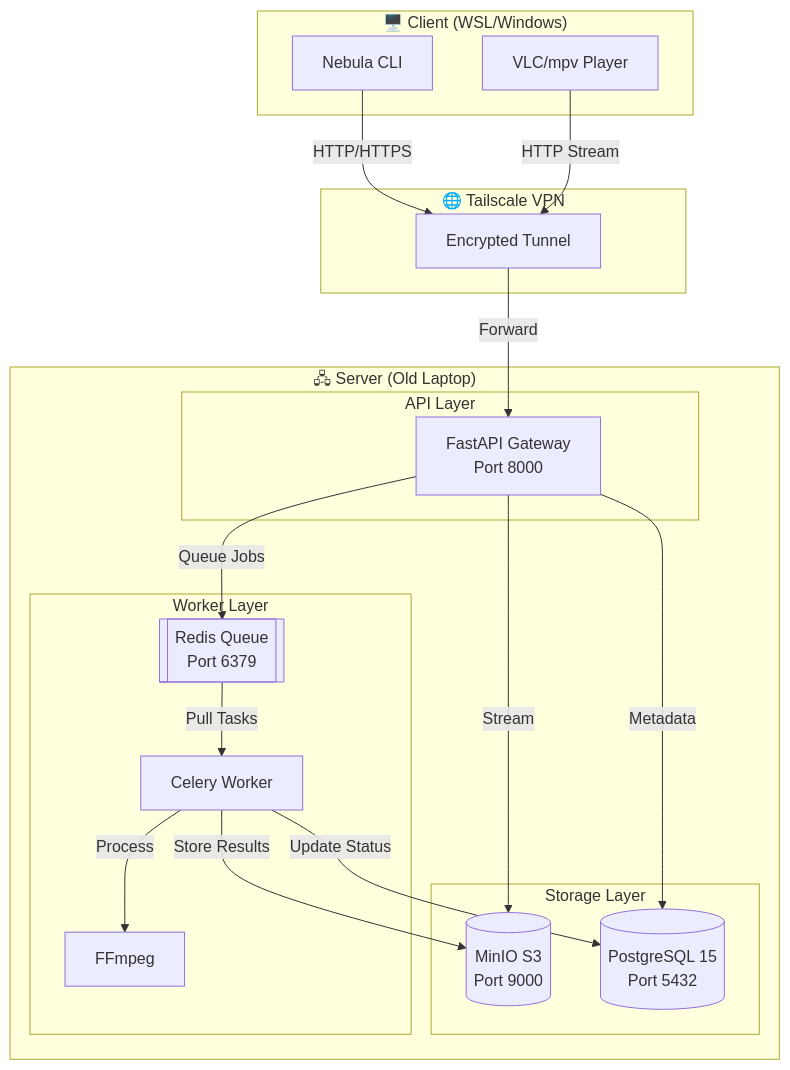
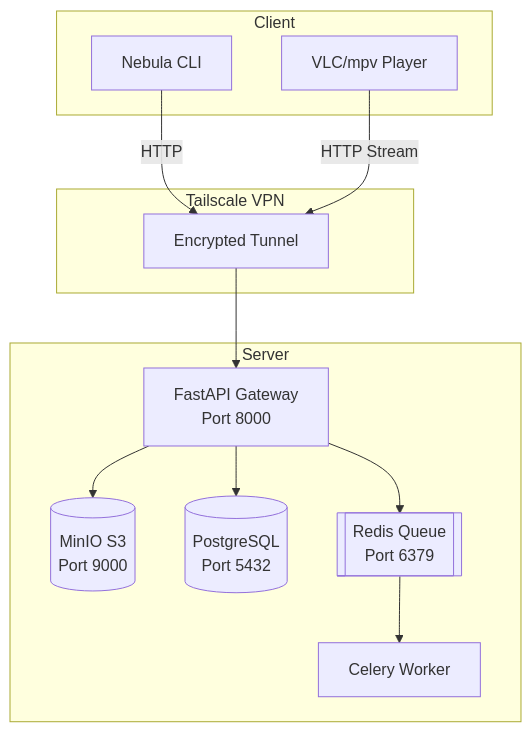
Before and after one commit to zeus-10/nebula: the diagram in README.md, drawn with Mermaid. The commit also changed other lines of this file, not shown here.

````diff
--- a/README.md
+++ b/README.md
@@ -121,41 +91,27 @@
 ```mermaid
 graph TB
-    subgraph Client["🖥️ Client (WSL/Windows)"]
+    subgraph Client["Client"]
         CLI[Nebula CLI]
         VLC[VLC/mpv Player]
     end
     
-    subgraph Network["🌐 Tailscale VPN"]
+    subgraph Network["Tailscale VPN"]
         TS[Encrypted Tunnel]
     end
     
-    subgraph Server["🖧 Server (Old Laptop)"]
-        subgraph API["API Layer"]
-            FastAPI[FastAPI Gateway<br/>Port 8000]
-        end
-        
-        subgraph Storage["Storage Layer"]
-            MinIO[(MinIO S3<br/>Port 9000)]
-            Postgres[(PostgreSQL 15<br/>Port 5432)]
-        end
-        
-        subgraph Worker["Worker Layer"]
-            Redis[[Redis Queue<br/>Port 6379]]
-            Celery[Celery Worker]
-            FFmpeg[FFmpeg]
-        end
+    subgraph Server["Server"]
+        FastAPI[FastAPI Gateway<br/>Port 8000]
+        MinIO[(MinIO S3<br/>Port 9000)]
+        Postgres[(PostgreSQL<br/>Port 5432)]
+        Redis[[Redis Queue<br/>Port 6379]]
+        Celery[Celery Worker]
     end
     
-    CLI -->|HTTP/HTTPS| TS
+    CLI -->|HTTP| TS
     VLC -->|HTTP Stream| TS
-    TS -->|Forward| FastAPI
-    
-    FastAPI -->|Stream| MinIO
-    FastAPI -->|Metadata| Postgres
-    FastAPI -->|Queue Jobs| Redis
-    
-    Redis -->|Pull Tasks| Celery
-    Celery -->|Process| FFmpeg
-    Celery -->|Store Results| MinIO
-    Celery -->|Update Status| Postgres
+    TS --> FastAPI
+    FastAPI --> MinIO
+    FastAPI --> Postgres
+    FastAPI --> Redis
+    Redis --> Celery
 ```
````
